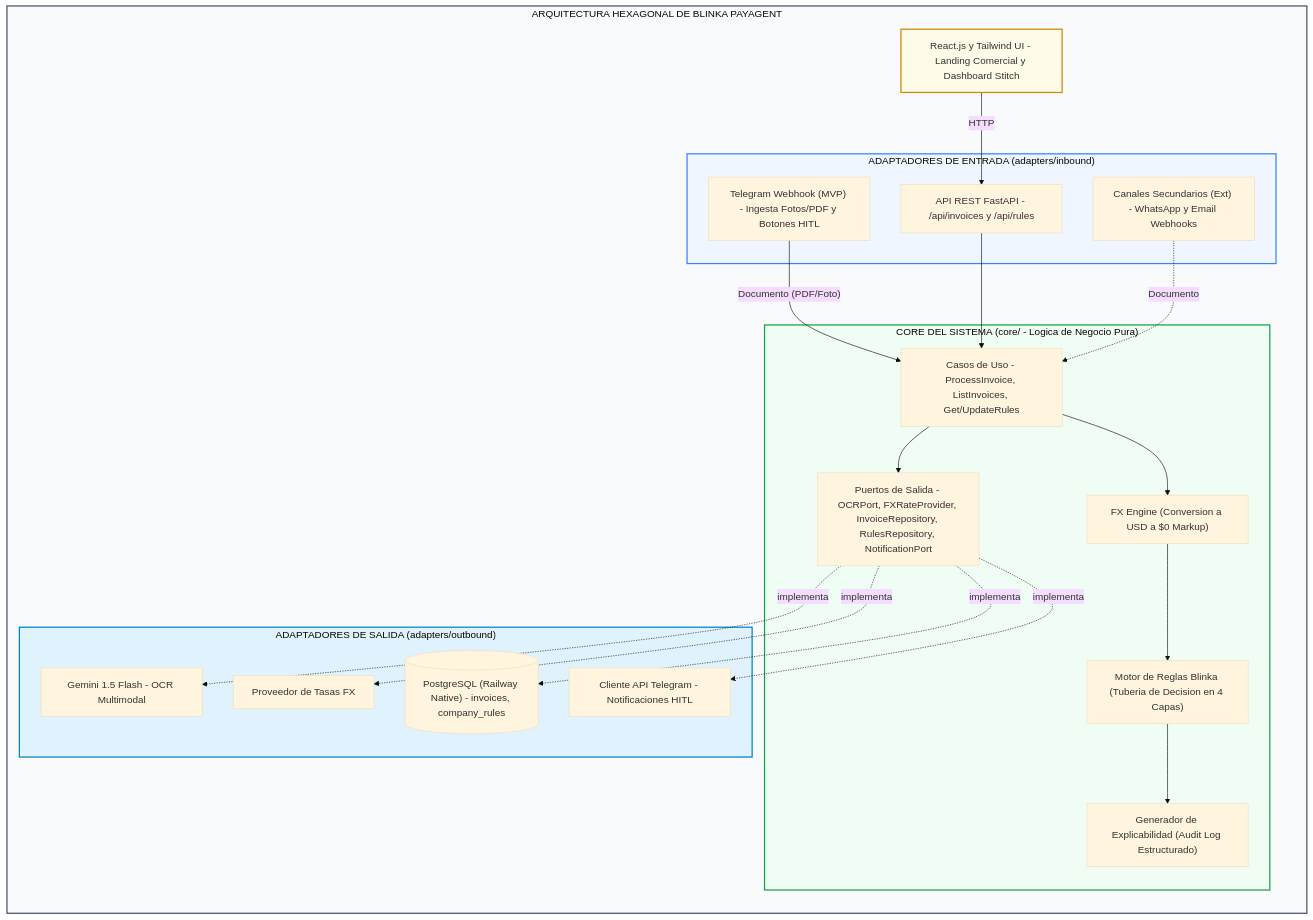
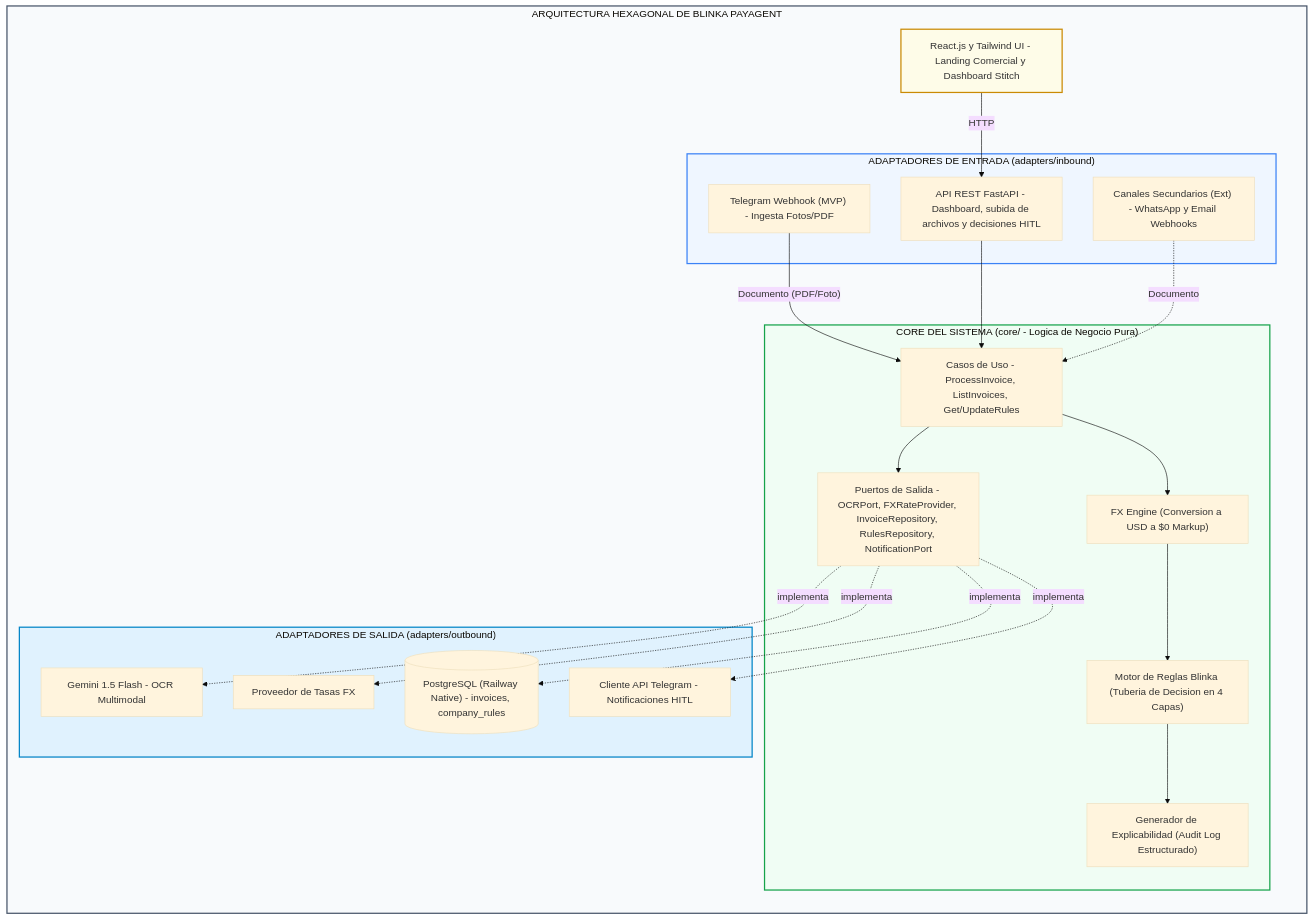
Before and after one commit to Oriojas/30X_404_team: the first of 2 diagrams in plan_de_trabajo.md, drawn with Mermaid (base theme). The commit also changed other lines of this file and 43 other files, not shown here.

````diff
--- a/plan_de_trabajo.md
+++ b/plan_de_trabajo.md
@@ -18,47 +18,47 @@
 ```mermaid
 flowchart TD
     subgraph System ["ARQUITECTURA HEXAGONAL DE BLINKA PAYAGENT"]
         direction TB
 
         subgraph InAdapters ["ADAPTADORES DE ENTRADA (adapters/inbound)"]
-            Telegram["Telegram Webhook (MVP) - Ingesta Fotos/PDF y Botones HITL"]
-            RestAPI["API REST FastAPI - /api/invoices y /api/rules"]
+            Telegram["Telegram Webhook (MVP) - Ingesta Fotos/PDF"]
+            RestAPI["API REST FastAPI - Dashboard, subida de archivos y decisiones HITL"]
             OtherChannels["Canales Secundarios (Ext) - WhatsApp y Email Webhooks"]
         end
 
         subgraph Core ["CORE DEL SISTEMA (core/ - Logica de Negocio Pura)"]
             UseCases["Casos de Uso - ProcessInvoice, ListInvoices, Get/UpdateRules"]
             FX["FX Engine (Conversion a USD a $0 Markup)"]
             Rules["Motor de Reglas Blinka (Tuberia de Decision en 4 Capas)"]
             Audit["Generador de Explicabilidad (Audit Log Estructurado)"]
             Ports["Puertos de Salida - OCRPort, FXRateProvider, InvoiceRepository, RulesRepository, NotificationPort"]
 
             UseCases --> FX --> Rules --> Audit
             UseCases --> Ports
         end
 
         subgraph OutAdapters ["ADAPTADORES DE SALIDA (adapters/outbound)"]
             Gemini["Gemini 1.5 Flash - OCR Multimodal"]
             Rates["Proveedor de Tasas FX"]
             DB[("PostgreSQL (Railway Native) - invoices, company_rules")]
             TgClient["Cliente API Telegram - Notificaciones HITL"]
         end
 
         ReactUI["React.js y Tailwind UI - Landing Comercial y Dashboard Stitch"]
 
         ReactUI -->|"HTTP"| RestAPI
         Telegram -->|"Documento (PDF/Foto)"| UseCases
         RestAPI --> UseCases
         OtherChannels -.->|"Documento"| UseCases
         Ports -.->|"implementa"| Gemini
         Ports -.->|"implementa"| Rates
         Ports -.->|"implementa"| DB
         Ports -.->|"implementa"| TgClient
     end
 
     style System fill:#f8fafc,stroke:#475569,stroke-width:2px
     style InAdapters fill:#eff6ff,stroke:#3b82f6,stroke-width:2px
     style OutAdapters fill:#e0f2fe,stroke:#0284c7,stroke-width:2px
     style Core fill:#f0fdf4,stroke:#16a34a,stroke-width:2px
     style ReactUI fill:#fefce8,stroke:#ca8a04,stroke-width:2px
 ```
````
